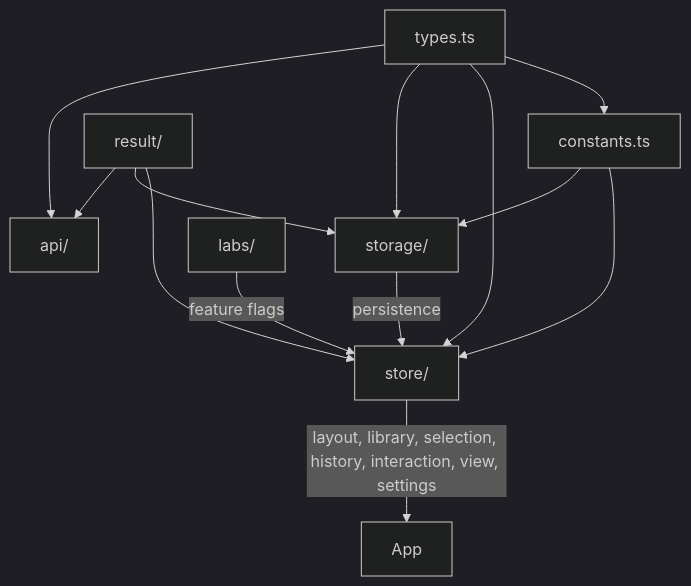
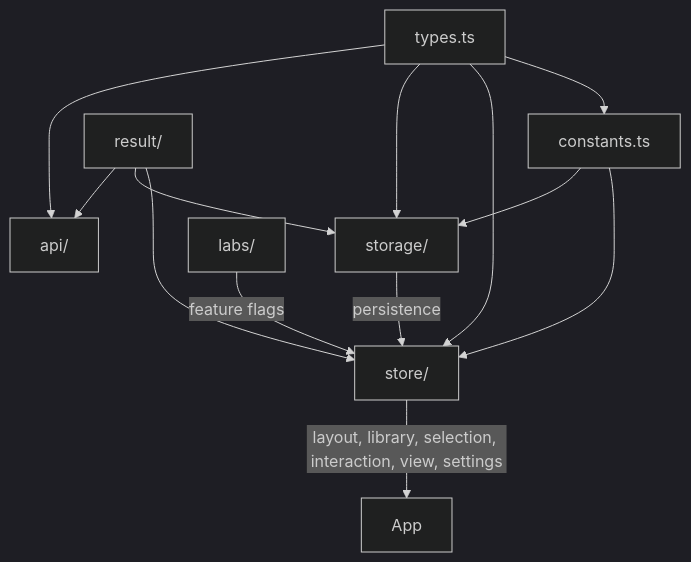
Before and after one commit to andymai/gridfinity-layout-tool: the diagram in src/core/README.md, drawn with Mermaid (dark theme). The commit also changed other lines of this file and 7 other files, not shown here.

````diff
--- a/src/core/README.md
+++ b/src/core/README.md
@@ -5,12 +5,12 @@
 ```mermaid
 graph TB
     T[types.ts] --> C[constants.ts]
     T --> S[store/]
     T --> ST[storage/]
     T --> A[api/]
     R[result/] --> S & ST & A
     C --> S & ST
     ST -->|persistence| S
-    S -->|layout, library, selection, history, interaction, view, settings| APP[App]
+    S -->|layout, library, selection, interaction, view, settings| APP[App]
     L[labs/] -->|feature flags| S
 ```
````
